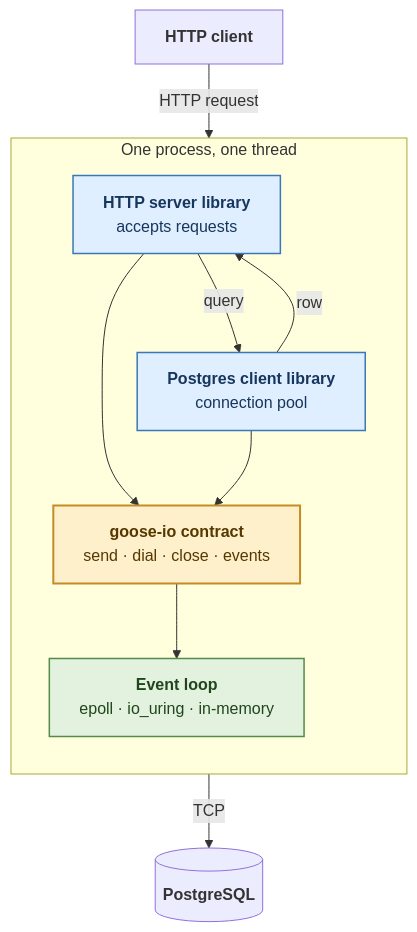
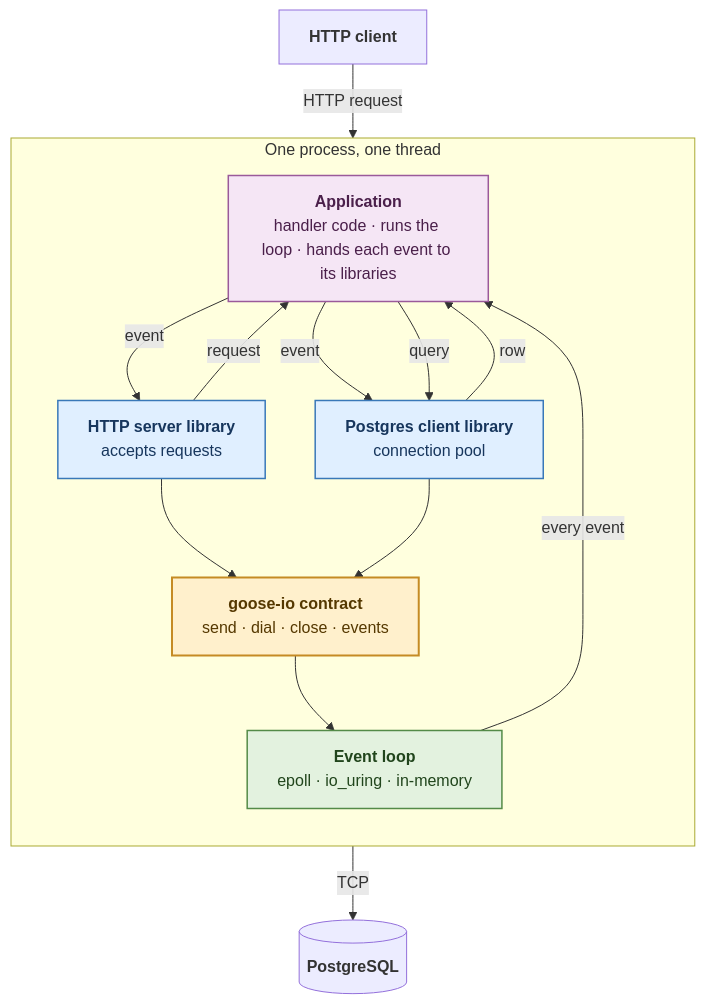
The second of 3 diagrams in README.md (BHare1985/goose-io), drawn with Mermaid before and after one commit. The commit also changed other lines of this file, not shown here.

First line of the commit message:
README: make the application a third role, and show it as the glue

````diff
--- a/README.md
+++ b/README.md
@@ -92,29 +102,36 @@
 ```mermaid
 flowchart TB
     C["<b>HTTP client</b>"]
 
     subgraph PROC["One process, one thread"]
         direction TB
+        APP["<b>Application</b><br/>handler code · runs the loop · hands each event to its libraries"]
         H["<b>HTTP server library</b><br/>accepts requests"]
         G["<b>Postgres client library</b><br/>connection pool"]
         K["<b>goose-io contract</b><br/>send · dial · close · events"]
         E["<b>Event loop</b><br/>epoll · io_uring · in-memory"]
-        H -->|"query"| G
-        G -->|"row"| H
+        APP -->|"event"| H
+        APP -->|"event"| G
+        H -->|"request"| APP
+        APP -->|"query"| G
+        G -->|"row"| APP
         H --> K
         G --> K
         K --> E
+        E -->|"every event"| APP
     end
 
     D[("<b>PostgreSQL</b>")]
 
-    C -->|"HTTP request"| H
+    C -->|"HTTP request"| E
     E -->|"TCP"| D
 
+    classDef app fill:#f5e6f5,stroke:#9a5a9a,color:#4a1f4a,stroke-width:1.5px
     classDef library fill:#e0efff,stroke:#3978b8,color:#17365d,stroke-width:1.5px
     classDef contract fill:#fff0cc,stroke:#c58b24,color:#553800,stroke-width:2px
     classDef loop fill:#e3f2df,stroke:#548b48,color:#21451c,stroke-width:1.5px
+    class APP app
     class H,G library
     class K contract
     class E loop
 ```
````
